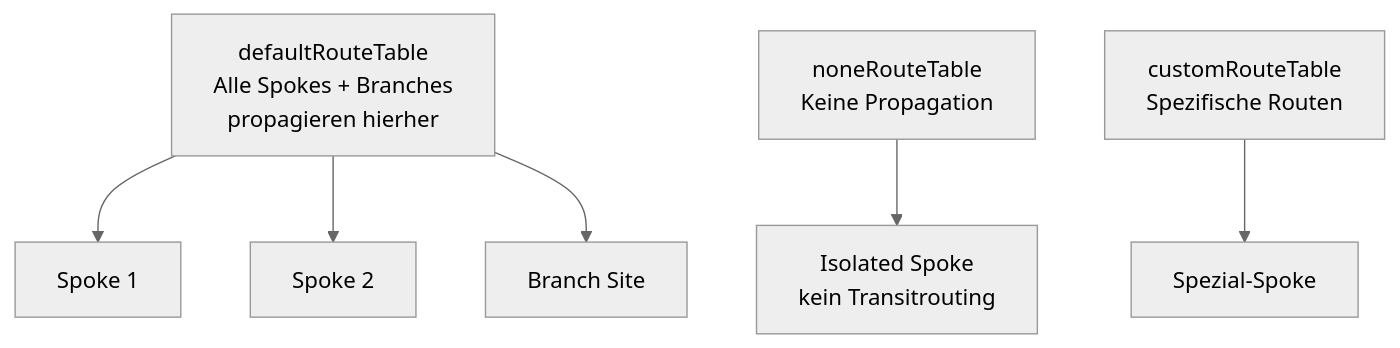
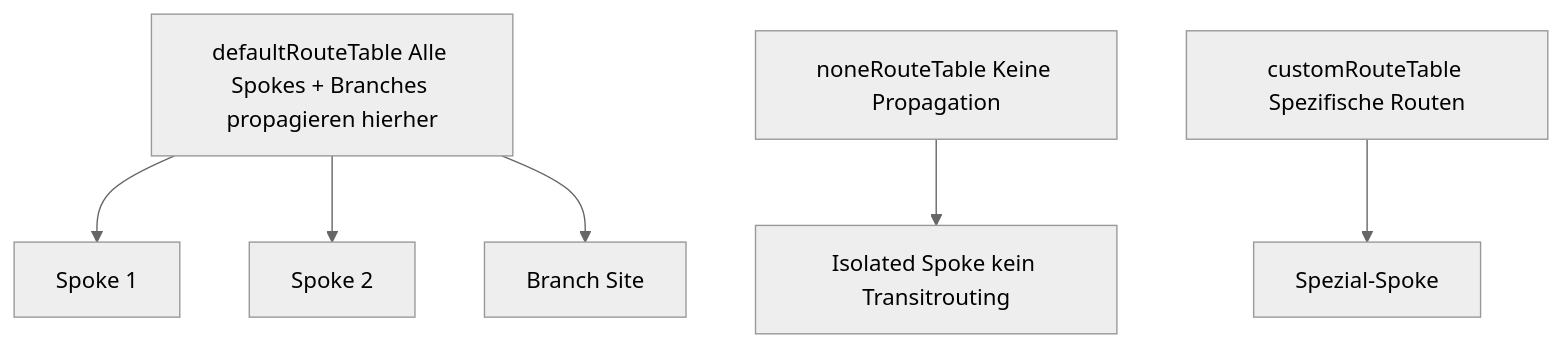
One commit to SoniiiT/notes-n-docs changed the third of 5 diagrams in Microsoft 365/Azure/Netzwerk/Azure Virtual WAN.md. Above: the diagram before and after it, drawn with Mermaid (neutral theme). The commit also changed other lines of this file and 124 other files, not shown here.

First line of the commit message:
fix: Entferne \n aus allen Mermaid-Diagrammen (125 Dateien)

````diff
--- a/Microsoft 365/Azure/Netzwerk/Azure Virtual WAN.md
+++ b/Microsoft 365/Azure/Netzwerk/Azure Virtual WAN.md
@@ -169,10 +169,10 @@
 ```mermaid
 graph TD
-    RT_DEFAULT[defaultRouteTable\nAlle Spokes + Branches\npropagieren hierher] --> SPOKE1[Spoke 1]
+    RT_DEFAULT[defaultRouteTable Alle Spokes + Branches propagieren hierher] --> SPOKE1[Spoke 1]
     RT_DEFAULT --> SPOKE2[Spoke 2]
     RT_DEFAULT --> BRANCH[Branch Site]
     
-    RT_ISOLATED[noneRouteTable\nKeine Propagation] --> SPOKE3[Isolated Spoke\nkein Transitrouting]
+    RT_ISOLATED[noneRouteTable Keine Propagation] --> SPOKE3[Isolated Spoke kein Transitrouting]
     
-    RT_CUSTOM[customRouteTable\nSpezifische Routen] --> SPOKE4[Spezial-Spoke]
+    RT_CUSTOM[customRouteTable Spezifische Routen] --> SPOKE4[Spezial-Spoke]
 ```
````
